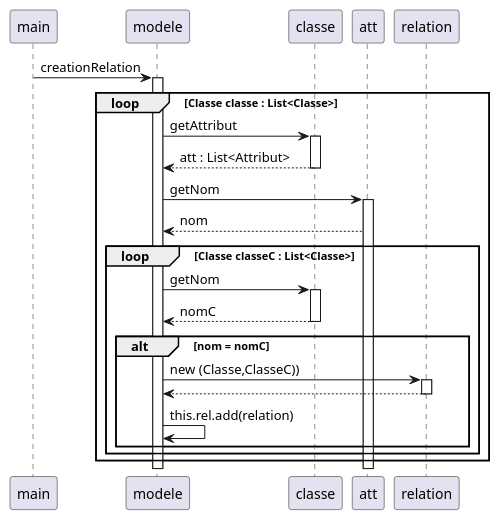
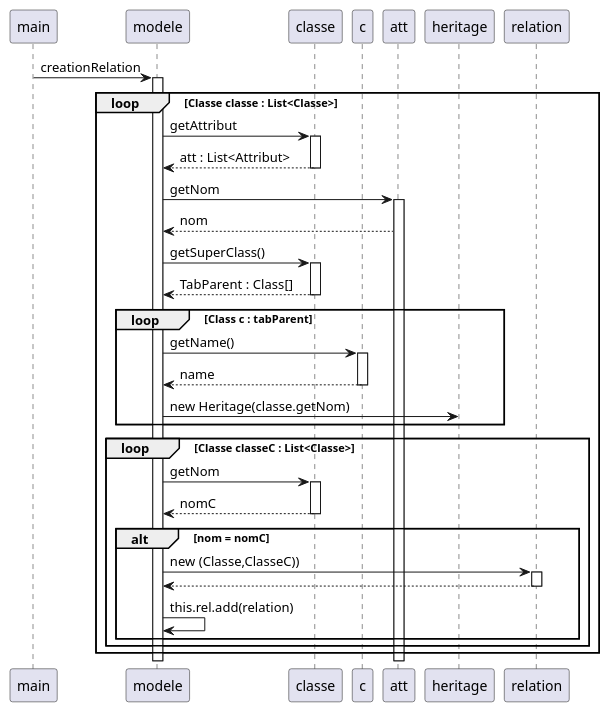
The diagram in demo/Conception/Sprint_1/Sequ_CreationRelation.puml (Cedran-Bastien/GENERATION-AUTOMATIQUE-DE-DIAGRAMME-DE-CLASSES), drawn with PlantUML before and after one commit. The commit also changed 5 other files, not shown here.

```diff
--- a/demo/Conception/Sprint_1/Sequ_CreationRelation.puml
+++ b/demo/Conception/Sprint_1/Sequ_CreationRelation.puml
@@ -1,38 +1,57 @@
 @startuml
 'https://plantuml.com/sequence-diagram
 
 participant main
 participant modele
 participant classe
+participant c
 participant att
+participant heritage
 participant relation
+
+
 
 
 main ->modele : creationRelation
 activate modele
 
 loop Classe classe : List<Classe>
+
 modele -> classe : getAttribut
 activate classe
 classe --> modele : att : List<Attribut>
 deactivate classe
 modele -> att : getNom
 activate att
 att -->modele : nom
+modele -> classe : getSuperClass()
+activate classe
+classe --> modele : TabParent : Class[]
+deactivate classe
+
+loop Class c : tabParent
+modele -> c : getName()
+activate c
+c-->modele : name
+deactivate c
+modele->heritage : new Heritage(classe.getNom)
+end
+
 loop Classe classeC : List<Classe>
 modele->classe : getNom
 activate classe
 classe --> modele : nomC
 deactivate classe
+
 alt nom = nomC
 modele->relation : new (Classe,ClasseC))
 activate relation
 relation-->modele
 deactivate relation
 modele->modele: this.rel.add(relation)
 end
 
 end
 
 end
 @enduml
```
